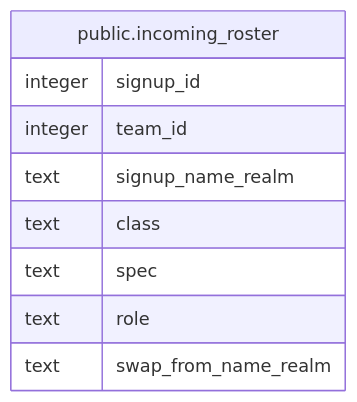
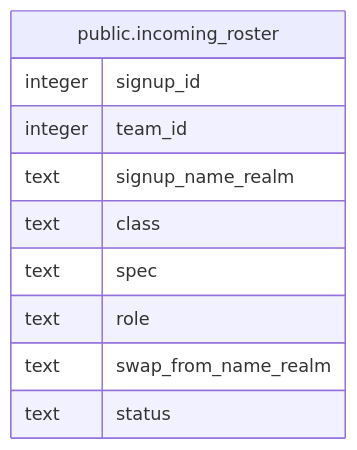
Before and after one commit to katogaming88/WGA-Raid-Hub: the diagram in dbdoc/public.incoming_roster.md, drawn with Mermaid. The commit also changed other lines of this file and 20 other files, not shown here.

````diff
--- a/dbdoc/public.incoming_roster.md
+++ b/dbdoc/public.incoming_roster.md
@@ -48,14 +50,15 @@
 ```mermaid
 erDiagram
 
 
 "public.incoming_roster" {
   integer signup_id
   integer team_id
   text signup_name_realm
   text class
   text spec
   text role
   text swap_from_name_realm
+  text status
 }
 ```
````
